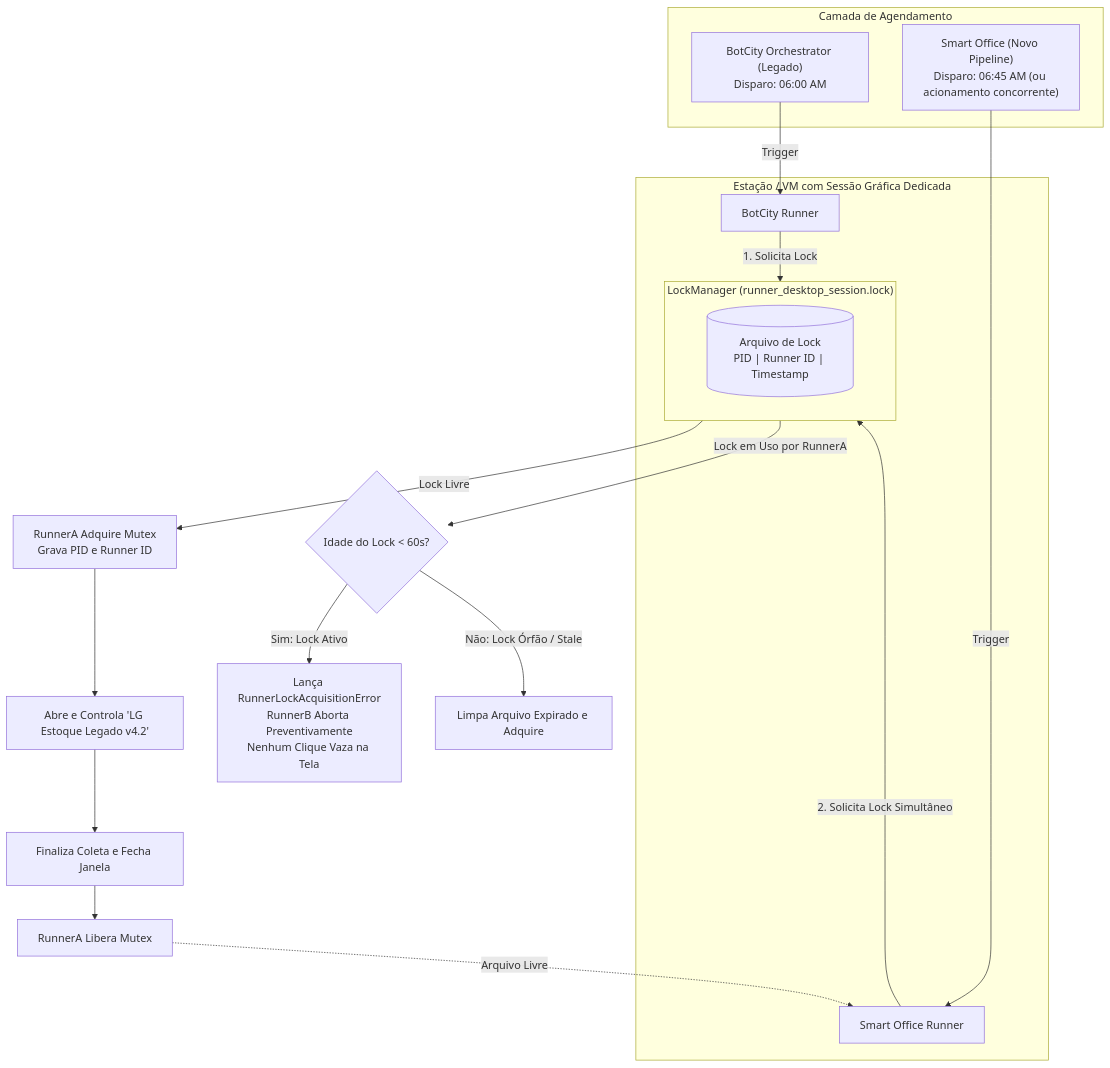
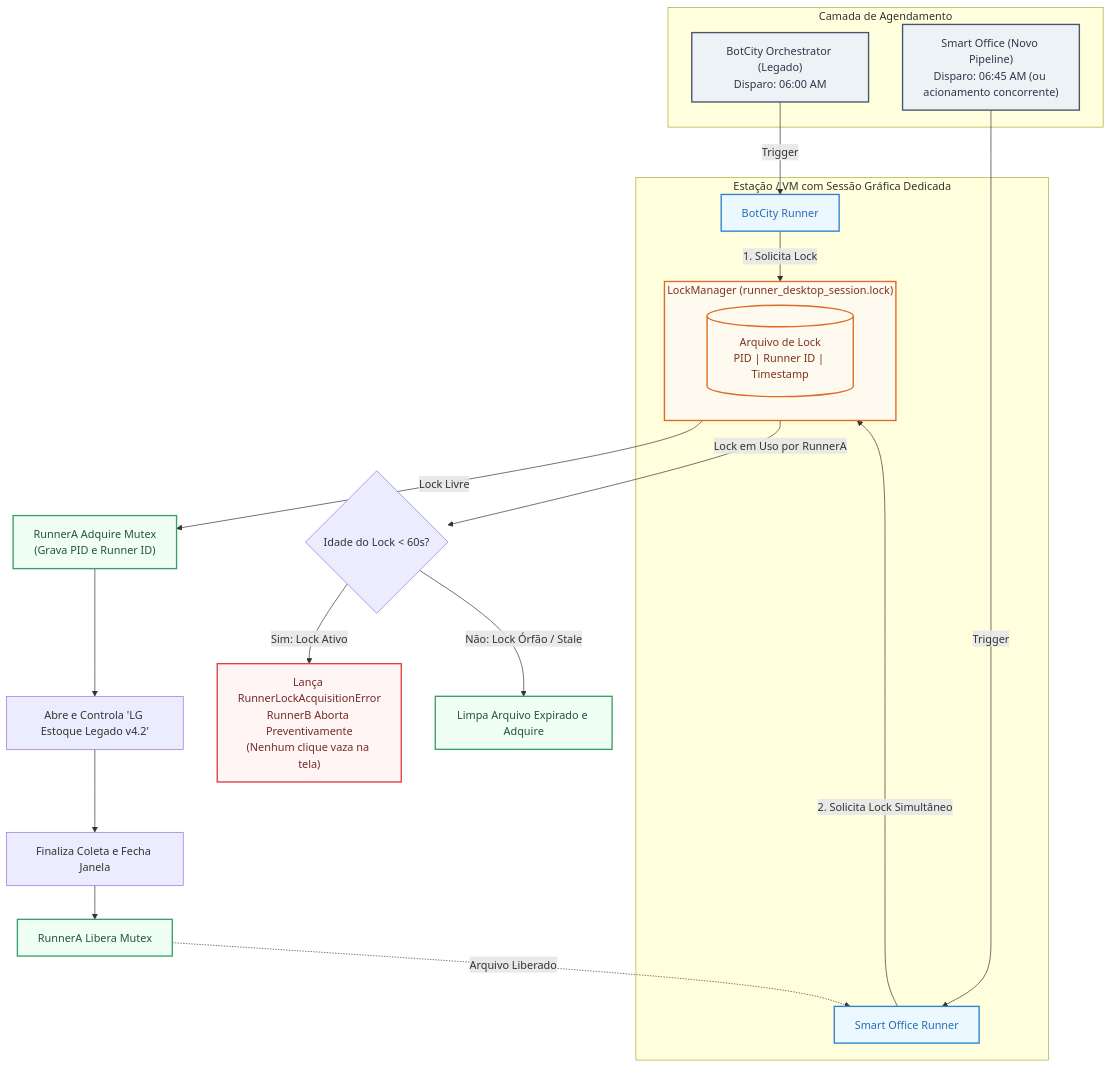
One commit to VictorFLimax/conferencia-lotes-qualidade changed the fourth of 4 diagrams in docs/ARQUITETURA.md. Above: the diagram before and after it, drawn with Mermaid. The commit also changed other lines of this file, not shown here.

Commit message:
Revise architecture documentation with enhanced clarity

````diff
--- a/docs/ARQUITETURA.md
+++ b/docs/ARQUITETURA.md
@@ -170,33 +202,46 @@
 ```mermaid
 flowchart TD
     subgraph Orquestradores["Camada de Agendamento"]
-        OrqA["BotCity Orchestrator (Legado)\nDisparo: 06:00 AM"]
-        OrqB["Smart Office (Novo Pipeline)\nDisparo: 06:45 AM (ou acionamento concorrente)"]
+        OrqA["BotCity Orchestrator (Legado)<br/>Disparo: 06:00 AM"]
+        OrqB["Smart Office (Novo Pipeline)<br/>Disparo: 06:45 AM (ou acionamento concorrente)"]
     end
 
     subgraph MaquinaExecucao["Estação / VM com Sessão Gráfica Dedicada"]
         RunnerA["BotCity Runner"]
         RunnerB["Smart Office Runner"]
         
         subgraph MutexFile["LockManager (runner_desktop_session.lock)"]
-            LockState[("Arquivo de Lock\nPID | Runner ID | Timestamp")]
+            LockState[("Arquivo de Lock<br/>PID | Runner ID | Timestamp")]
         end
     end
 
     OrqA -->|Trigger| RunnerA
     OrqB -->|Trigger| RunnerB
 
     RunnerA -->|1. Solicita Lock| MutexFile
-    MutexFile -->|Lock Livre| AdquireA[RunnerA Adquire Mutex\nGrava PID e Runner ID]
-    AdquireA --> AbreTelaA[Abre e Controla 'LG Estoque Legado v4.2']
+    MutexFile -->|Lock Livre| AdquireA["RunnerA Adquire Mutex<br/>(Grava PID e Runner ID)"]
+    AdquireA --> AbreTelaA["Abre e Controla 'LG Estoque Legado v4.2'"]
 
     RunnerB -->|2. Solicita Lock Simultâneo| MutexFile
-    MutexFile -->|Lock em Uso por RunnerA| NegadoB{Idade do Lock < 60s?}
+    MutexFile -->|Lock em Uso por RunnerA| NegadoB{"Idade do Lock < 60s?"}
     
-    NegadoB -->|Sim: Lock Ativo| ErroConcorrencia[Lança RunnerLockAcquisitionError\nRunnerB Aborta Preventivamente\nNenhum Clique Vaza na Tela]
-    NegadoB -->|Não: Lock Órfão / Stale| LimpaOrfao[Limpa Arquivo Expirado e Adquire]
+    NegadoB -->|Sim: Lock Ativo| ErroConcorrencia["Lança RunnerLockAcquisitionError<br/>RunnerB Aborta Preventivamente<br/>(Nenhum clique vaza na tela)"]
+    NegadoB -->|Não: Lock Órfão / Stale| LimpaOrfao["Limpa Arquivo Expirado e Adquire"]
 
-    AbreTelaA --> FechaTelaA[Finaliza Coleta e Fecha Janela]
-    FechaTelaA --> LiberaLock[RunnerA Libera Mutex]
-    LiberaLock -.->|Arquivo Livre| RunnerB
+    AbreTelaA --> FechaTelaA["Finaliza Coleta e Fecha Janela"]
+    FechaTelaA --> LiberaLock["RunnerA Libera Mutex"]
+    LiberaLock -.->|Arquivo Liberado| RunnerB
+
+    %% Estilos
+    classDef orq fill:#edf2f7,stroke:#4a5568,stroke-width:2px,color:#2d3748;
+    classDef runner fill:#ebf8ff,stroke:#3182ce,stroke-width:2px,color:#2b6cb0;
+    classDef lockBox fill:#fffaf0,stroke:#dd6b20,stroke-width:2px,color:#7b341e;
+    classDef errorNode fill:#fff5f5,stroke:#e53e3e,stroke-width:2px,color:#742a2a;
+    classDef successNode fill:#f0fff4,stroke:#38a169,stroke-width:2px,color:#22543d;
+
+    class OrqA,OrqB orq;
+    class RunnerA,RunnerB runner;
+    class LockState,MutexFile lockBox;
+    class ErroConcorrencia errorNode;
+    class AdquireA,LiberaLock,LimpaOrfao successNode;
 ```
````
